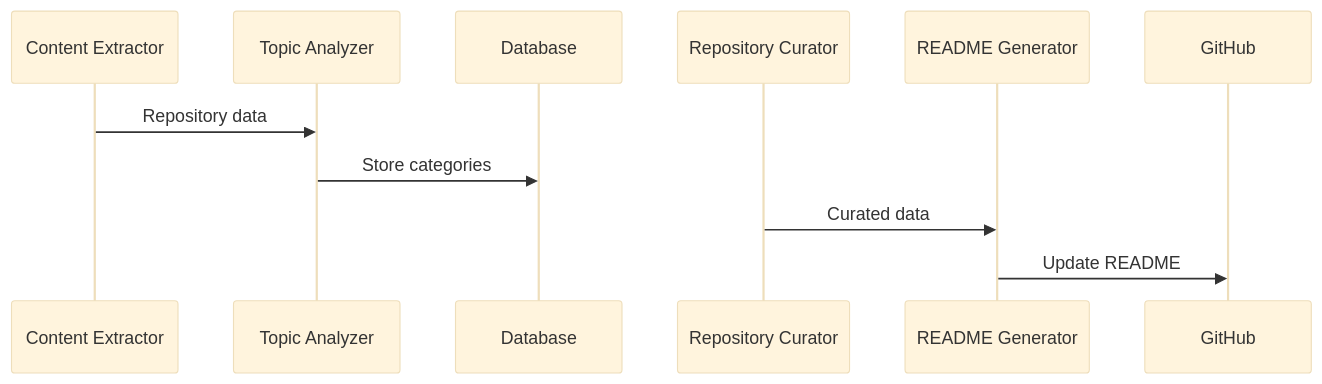
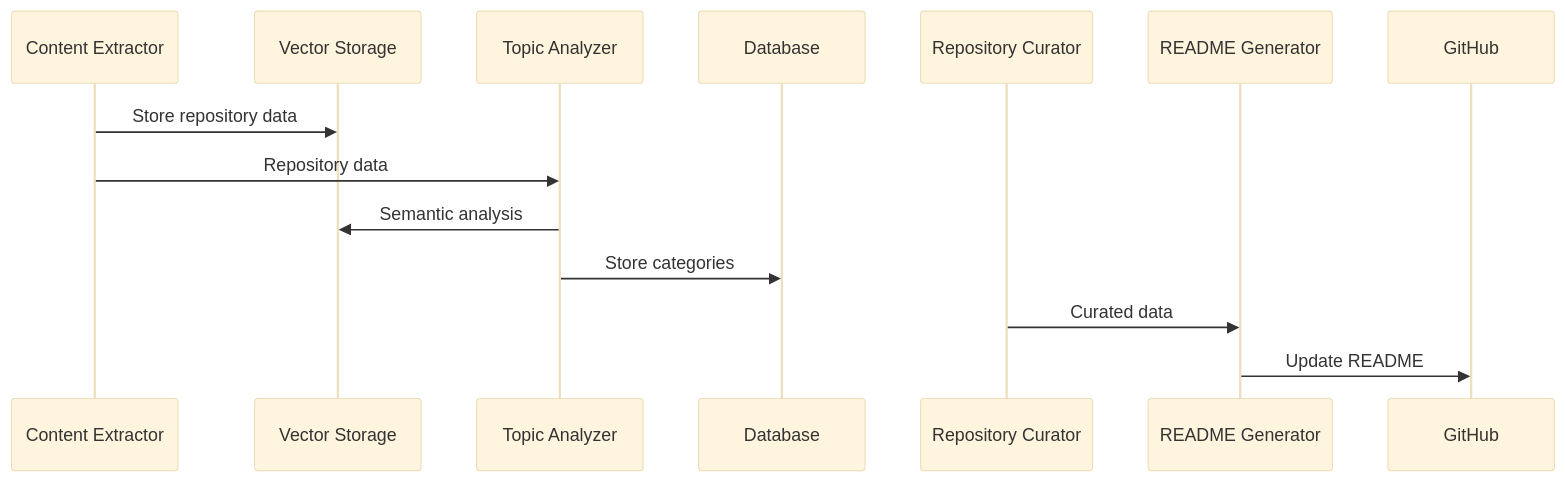
Before and after one commit to seantauber/seantauber: the fourth of 5 diagrams in dev_docs/mvp_system_architecture.md, drawn with Mermaid (base theme). The commit also changed other lines of this file and 13 other files, not shown here.

````diff
--- a/dev_docs/mvp_system_architecture.md
+++ b/dev_docs/mvp_system_architecture.md
@@ -122,7 +144,9 @@
 ```mermaid
 sequenceDiagram
+    Content Extractor->>Vector Storage: Store repository data
     Content Extractor->>Topic Analyzer: Repository data
+    Topic Analyzer->>Vector Storage: Semantic analysis
     Topic Analyzer->>Database: Store categories
     Repository Curator->>README Generator: Curated data
     README Generator->>GitHub: Update README
 ```
````
